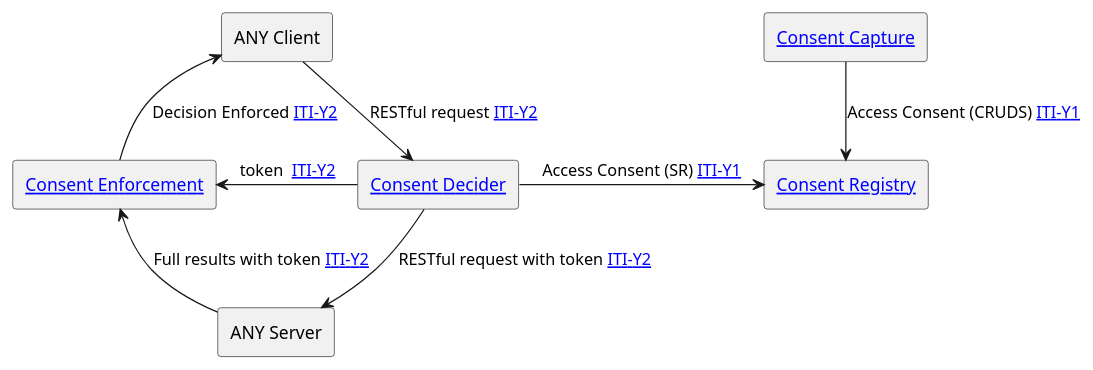
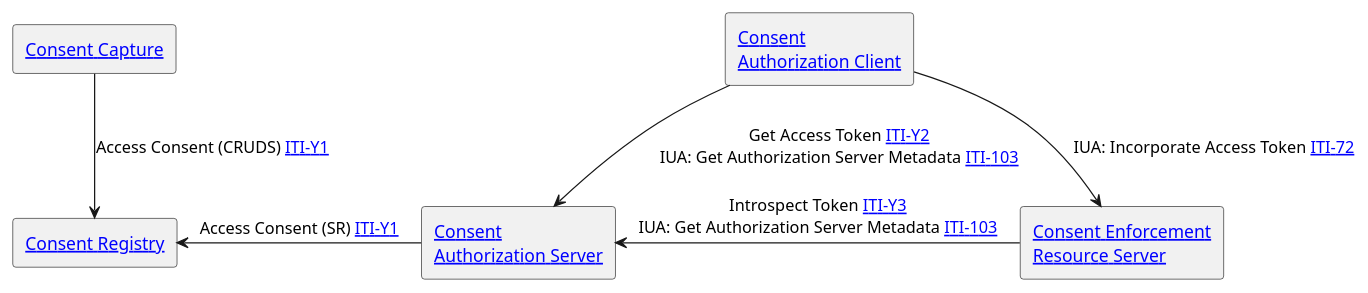
Before and after one commit to IHE/ITI.PCF: the diagram in input/images-source/ActorsAndTransactions.plantuml, drawn with PlantUML. The commit also changed 9 other files, not shown here.

```diff
--- a/input/images-source/ActorsAndTransactions.plantuml
+++ b/input/images-source/ActorsAndTransactions.plantuml
@@ -1,15 +1,12 @@
 @startuml
 agent "[[#consentcapture Consent Capture]]" as capture
 agent "[[#consentregistry Consent Registry]]" as registry
 capture -down-> registry : "Access Consent (CRUDS) [[ITI-Y1.html ITI-Y1]]"
-agent "ANY Client" as client 
-agent "[[#consentdecision Consent Decider]]" as decision
-agent "ANY Server" as server 
-agent "[[#consentenforce Consent Enforcement]]" as enforce
-client -down-> decision : "RESTful request [[ITI-Y2.html ITI-Y2]]"
-decision -right-> registry: "Access Consent (SR) [[ITI-Y1.html ITI-Y1]]"
-decision -down-> server : "RESTful request with token [[ITI-Y2.html ITI-Y2]]"
-decision --left--> enforce : "token  [[ITI-Y2.html ITI-Y2]]"
-server -up-> enforce : "Full results with token [[ITI-Y2.html ITI-Y2]]"
-enforce -up-> client : "Decision Enforced [[ITI-Y2.html ITI-Y2]]"
+agent "[[#consentclient Consent\nAuthorization Client]]" as client 
+agent "[[#consentdecision Consent\nAuthorization Server]]" as decision
+agent "[[#consentenforce Consent Enforcement\nResource Server]]" as enforce
+client -down-> decision : "Get Access Token [[ITI-Y2.html ITI-Y2]]\nIUA: Get Authorization Server Metadata [[https://profiles.ihe.net/ITI/IUA/index.html#3103-get-authorization-server-metadata-iti-103 ITI-103]]"
+decision -left-> registry: "Access Consent (SR) [[ITI-Y1.html ITI-Y1]]"
+client -> enforce : "IUA: Incorporate Access Token [[https://profiles.ihe.net/ITI/IUA/index.html#372-incorporate-access-token-iti-72 ITI-72]]"
+enforce -left-> decision : "Introspect Token [[ITI-Y3.html ITI-Y3]]\nIUA: Get Authorization Server Metadata [[https://profiles.ihe.net/ITI/IUA/index.html#3103-get-authorization-server-metadata-iti-103 ITI-103]]"
 @enduml
```
